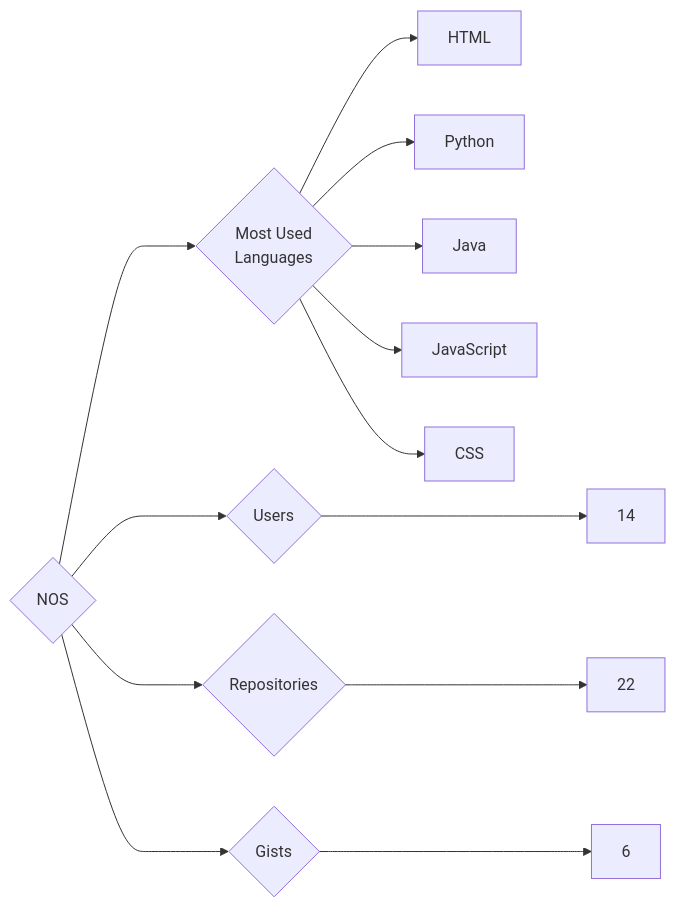
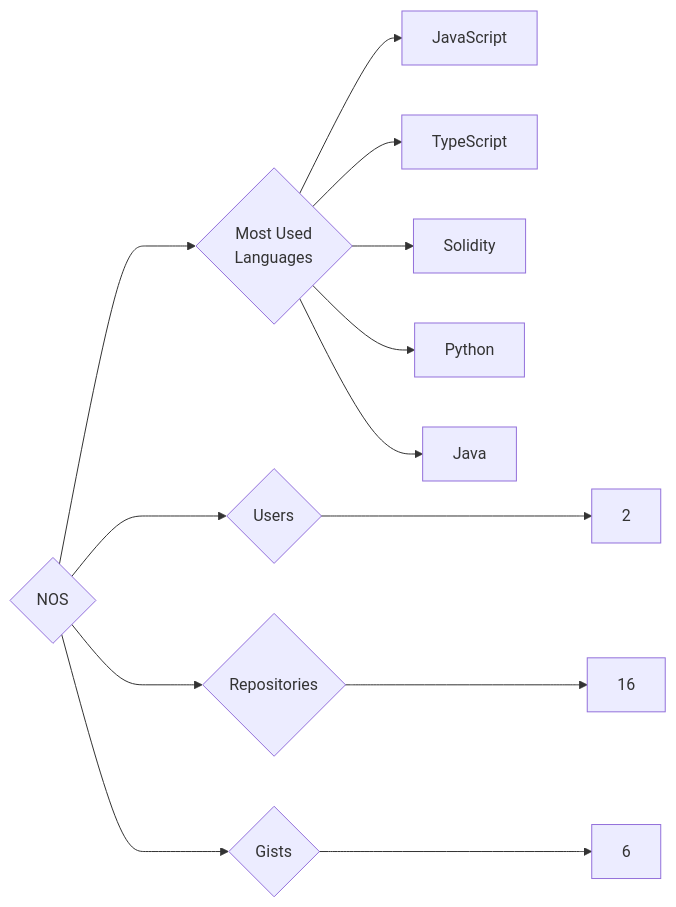
Before and after one commit to trickest/insiders: the diagram in targets/NOS/README.md, drawn with Mermaid. The commit also changed 748 other files, not shown here.

````diff
--- a/targets/NOS/README.md
+++ b/targets/NOS/README.md
@@ -3,13 +3,13 @@
 ```mermaid
 graph LR
 COMPANY_NAME{NOS}
-COMPANY_NAME ---> U{Users} ---> UN[14]
-COMPANY_NAME ---> R{Repositories} ---> RN[22]
+COMPANY_NAME ---> U{Users} ---> UN[2]
+COMPANY_NAME ---> R{Repositories} ---> RN[16]
 COMPANY_NAME ---> G{Gists} ---> GN[6]
 COMPANY_NAME ---> ML{Most Used<br>Languages}
-ML --> HTML[HTML]
+ML --> JavaScript[JavaScript]
+ML --> TypeScript[TypeScript]
+ML --> Solidity[Solidity]
 ML --> Python[Python]
 ML --> Java[Java]
-ML --> JavaScript[JavaScript]
-ML --> CSS[CSS]
 ```
````
